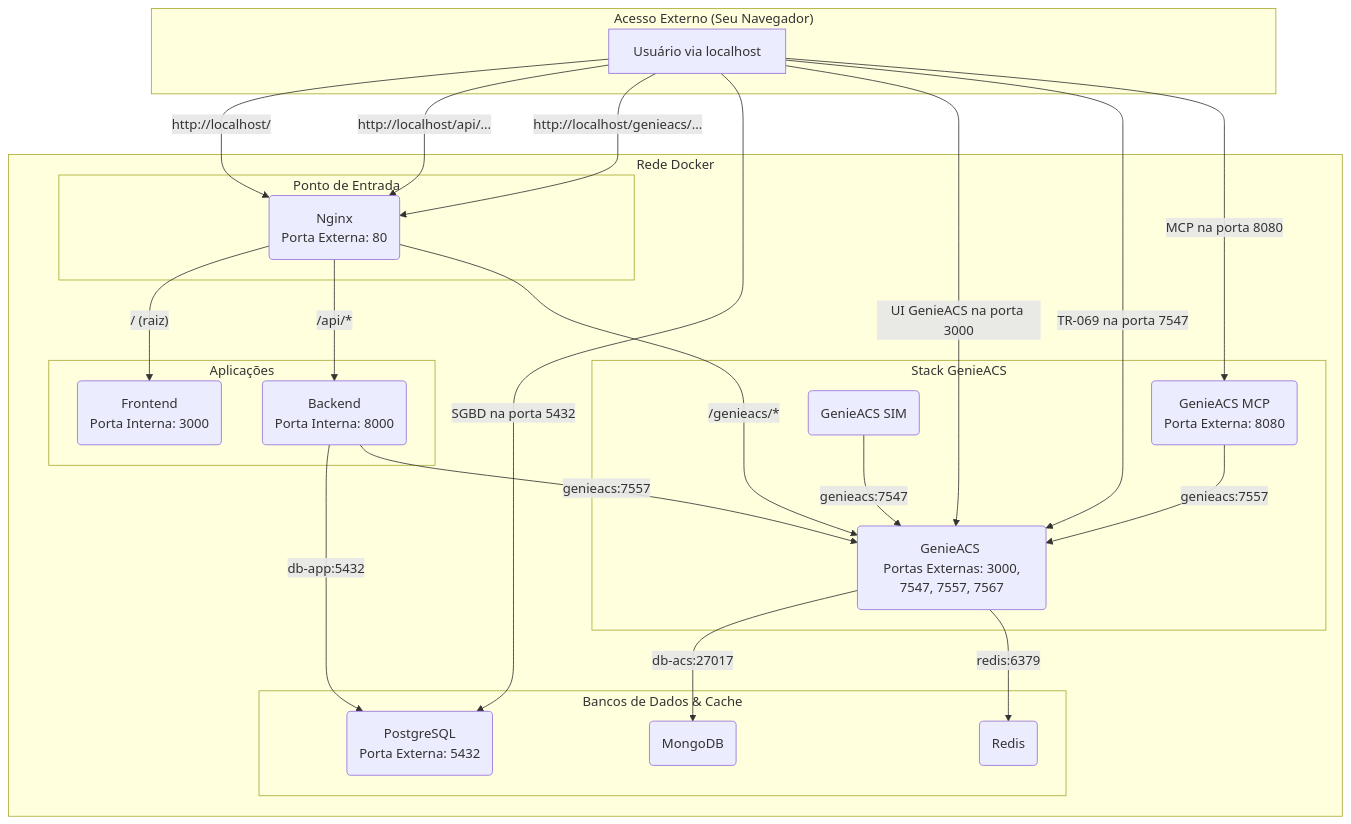
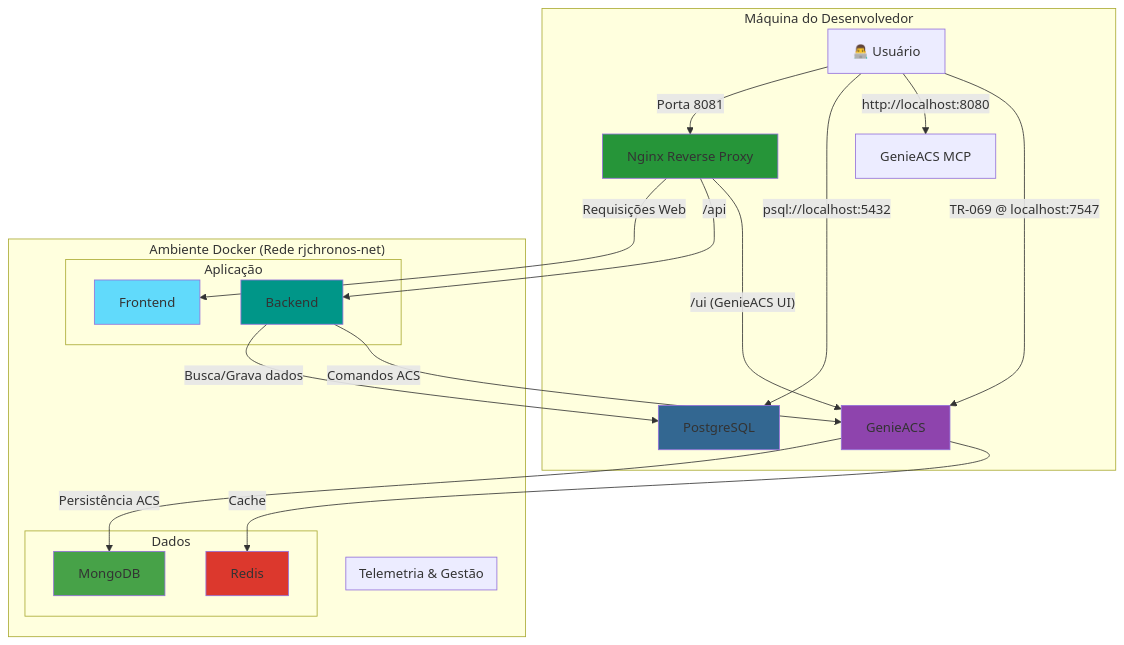
Before and after one commit to GustSR/RJChronosConnect: the diagram in DEVELOPMENT.md, drawn with Mermaid. The commit also changed other lines of this file and 348 other files, not shown here.

````diff
--- a/DEVELOPMENT.md
+++ b/DEVELOPMENT.md
@@ -38,53 +39,47 @@
 ```mermaid
 graph TD
-    subgraph "Acesso Externo (Seu Navegador)"
-        A[Usuário via localhost]
+    subgraph "Máquina do Desenvolvedor"
+        U["👨‍💻 Usuário"] -- "Porta 8081" --> RP
+        U -- "psql://localhost:5432" --> DB_APP[PostgreSQL]
+        U -- "http://localhost:8080" --> MCP[GenieACS MCP]
+        U -- "TR-069 @ localhost:7547" --> G[GenieACS]
     end
 
-    subgraph "Rede Docker"
-        subgraph "Ponto de Entrada"
-            B(Nginx <br> Porta Externa: 80)
+    subgraph "Ambiente Docker (Rede rjchronos-net)"
+        RP[Nginx Reverse Proxy]
+
+        subgraph "Aplicação"
+            F[Frontend]
+            B[Backend]
         end
 
-        subgraph "Aplicações"
-            C(Frontend <br> Porta Interna: 3000)
-            D(Backend <br> Porta Interna: 8000)
+        subgraph "Telemetria & Gestão"
+            G
+            MCP
         end
 
-        subgraph "Stack GenieACS"
-            E(GenieACS <br> Portas Externas: 3000, 7547, 7557, 7567)
-            F(GenieACS MCP <br> Porta Externa: 8080)
-            G(GenieACS SIM)
+        subgraph "Dados"
+            DB_APP
+            DB_ACS[MongoDB]
+            REDIS[Redis]
         end
 
-        subgraph "Bancos de Dados & Cache"
-            H(PostgreSQL <br> Porta Externa: 5432)
-            I(MongoDB)
-            J(Redis)
-        end
+        RP -- "Requisições Web" --> F
+        RP -- "/api" --> B
+        RP -- "/ui (GenieACS UI)" --> G
+
+        B -- "Busca/Grava dados" --> DB_APP
+        B -- "Comandos ACS" --> G
+
+        G -- "Persistência ACS" --> DB_ACS
+        G -- "Cache" --> REDIS
     end
 
-    %% Conexões Externas para o Nginx
-    A -- "http://localhost/" --> B
-    A -- "http://localhost/api/..." --> B
-    A -- "http://localhost/genieacs/..." --> B
-
-    %% Redirecionamentos do Nginx
-    B -- "/ (raiz)" --> C
-    B -- "/api/*" --> D
-    B -- "/genieacs/*" --> E
-
-    %% Conexões Diretas (Portas Expostas)
-    A -- "SGBD na porta 5432" --> H
-    A -- "UI GenieACS na porta 3000" --> E
-    A -- "TR-069 na porta 7547" --> E
-    A -- "MCP na porta 8080" --> F
-
-    %% Conexões Internas entre Serviços
-    D -- "db-app:5432" --> H
-    D -- "genieacs:7557" --> E
-    E -- "db-acs:27017" --> I
-    E -- "redis:6379" --> J
-    G -- "genieacs:7547" --> E
-    F -- "genieacs:7557" --> E
+    style F fill:#61DAFB
+    style B fill:#009688
+    style G fill:#8E44AD
+    style DB_APP fill:#336791
+    style DB_ACS fill:#47A248
+    style REDIS fill:#DC382D
+    style RP fill:#269539
 ```
````
